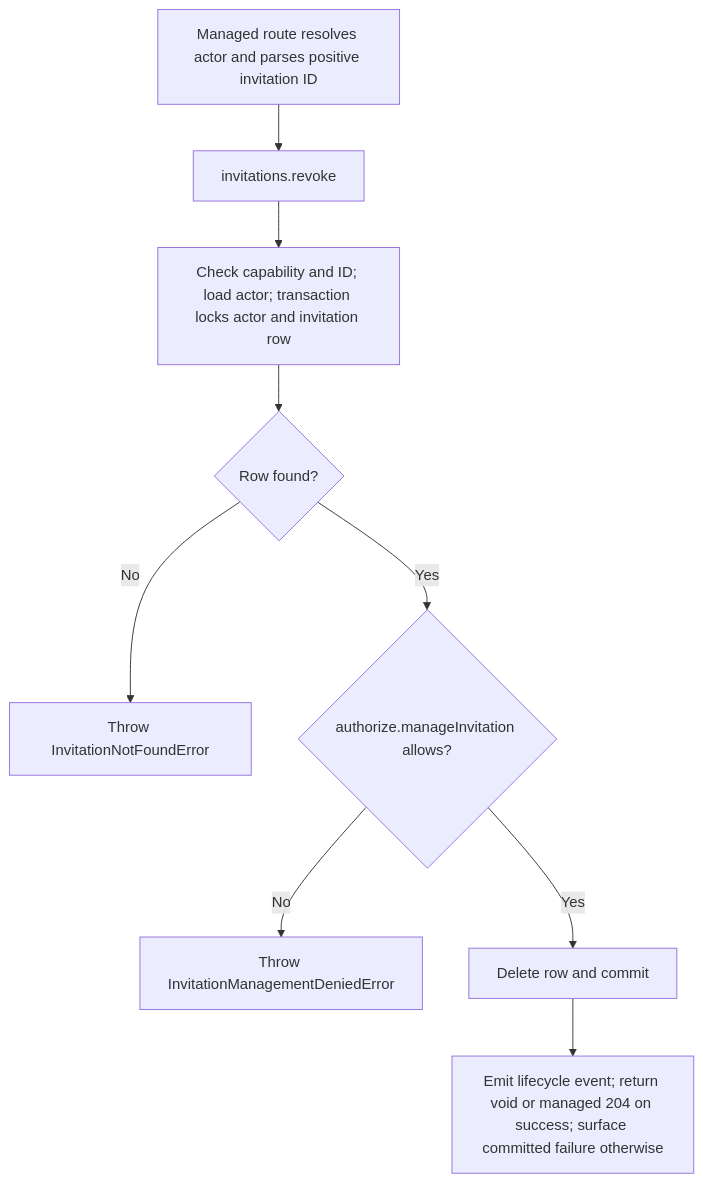
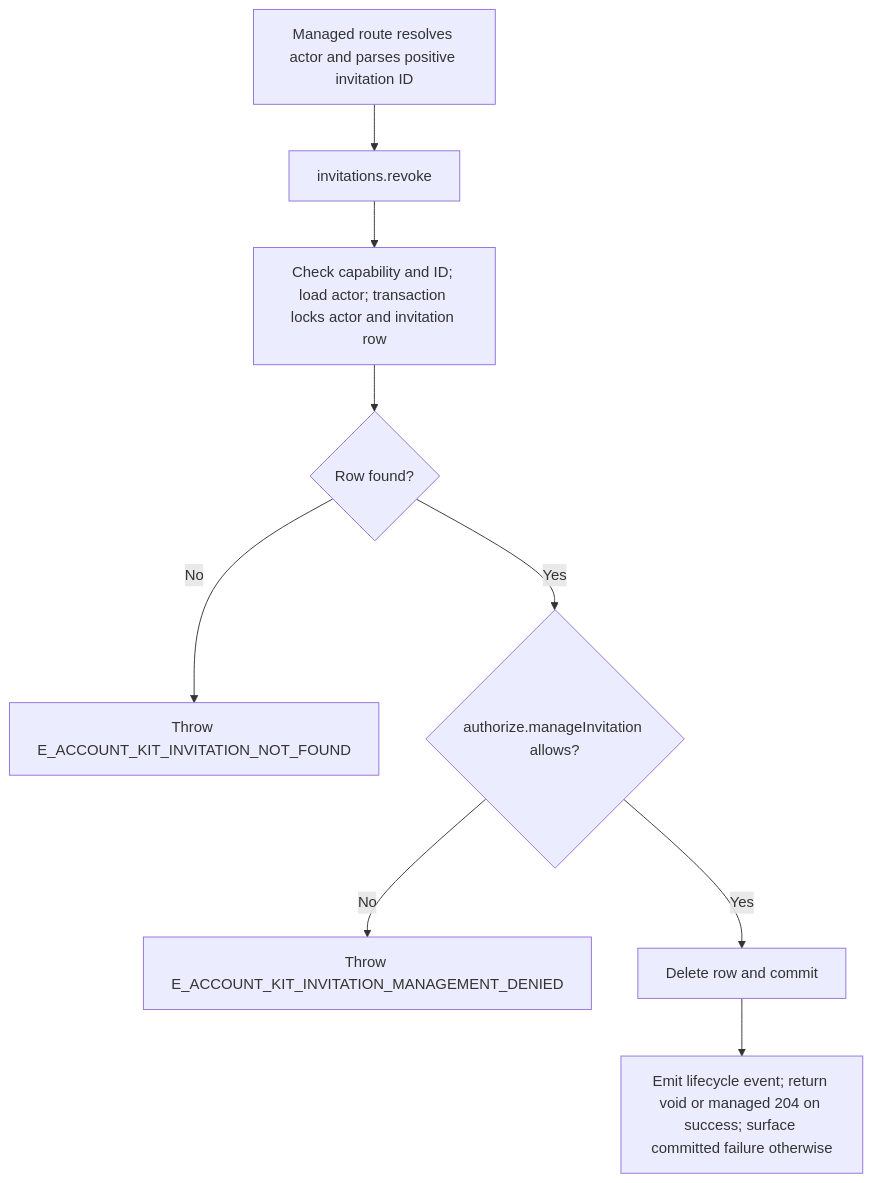
Before and after one commit to Kevinjohn/oss-adonisjs-account-kit: the second of 2 diagrams in user-stories/US-ACCOUNT-12-revoke-invitation.md, drawn with Mermaid. The commit also changed other lines of this file and 362 other files, not shown here.

````diff
--- a/user-stories/US-ACCOUNT-12-revoke-invitation.md
+++ b/user-stories/US-ACCOUNT-12-revoke-invitation.md
@@ -31,11 +31,11 @@
 ```mermaid
 flowchart TD
   M["Managed route resolves actor and parses positive invitation ID"] --> A["invitations.revoke"]
   A --> B["Check capability and ID; load actor; transaction locks actor and invitation row"]
   B --> C{"Row found?"}
-  C -->|No| D["Throw InvitationNotFoundError"]
+  C -->|No| D["Throw E_ACCOUNT_KIT_INVITATION_NOT_FOUND"]
   C -->|Yes| P{"authorize.manageInvitation allows?"}
-  P -->|No| N["Throw InvitationManagementDeniedError"]
+  P -->|No| N["Throw E_ACCOUNT_KIT_INVITATION_MANAGEMENT_DENIED"]
   P -->|Yes| E["Delete row and commit"]
   E --> F["Emit lifecycle event; return void or managed 204 on success; surface committed failure otherwise"]
 ```
````
